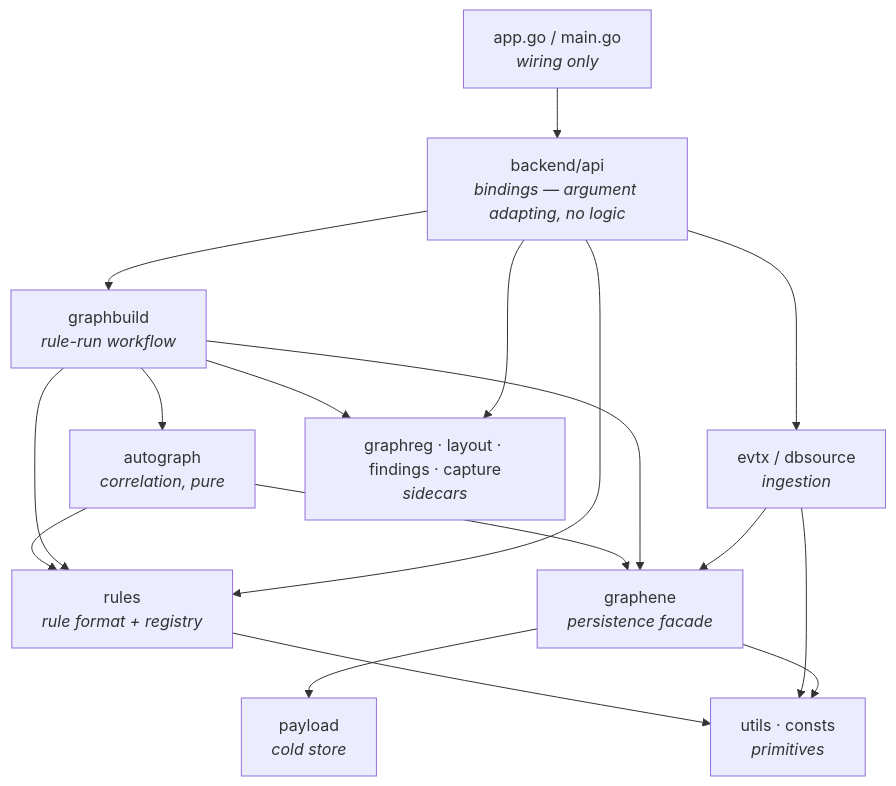
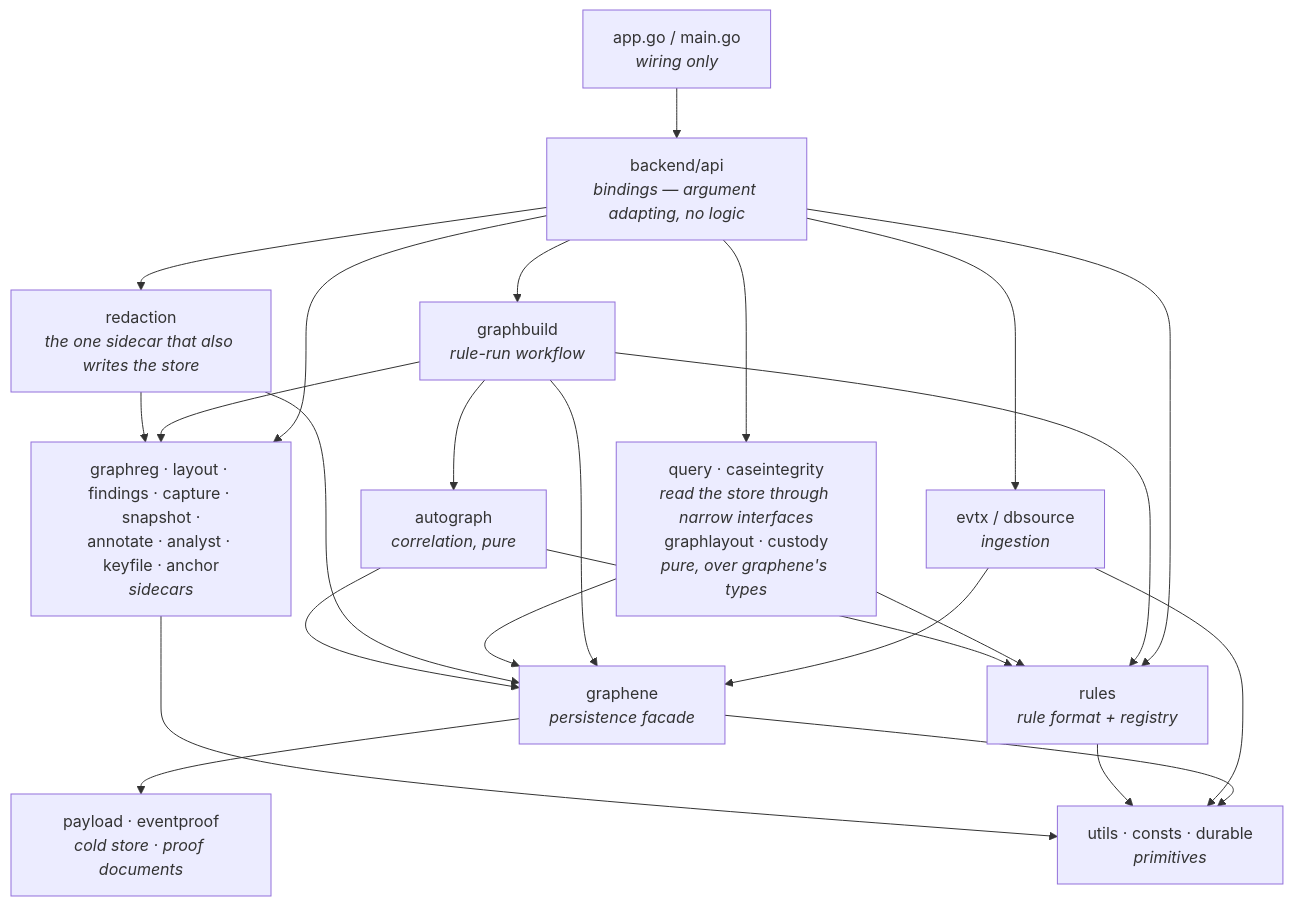
One commit to aoiflux/rohy changed the second of 22 diagrams in LLD.md. Above: the diagram before and after it, drawn with Mermaid. The commit also changed other lines of this file and 9 other files, not shown here.

````diff
--- a/LLD.md
+++ b/LLD.md
@@ -170,30 +189,39 @@
 ```mermaid
 flowchart TD
     A["app.go / main.go<br/><i>wiring only</i>"]
     B["backend/api<br/><i>bindings — argument adapting, no logic</i>"]
     C1["evtx / dbsource<br/><i>ingestion</i>"]
     C2["graphbuild<br/><i>rule-run workflow</i>"]
+    C3["query · caseintegrity<br/><i>read the store through narrow interfaces</i><br/>graphlayout · custody<br/><i>pure, over graphene's types</i>"]
+    C4["redaction<br/><i>the one sidecar that also writes the store</i>"]
     D1["autograph<br/><i>correlation, pure</i>"]
     D2["rules<br/><i>rule format + registry</i>"]
-    D3["graphreg · layout · findings · capture<br/><i>sidecars</i>"]
+    D3["graphreg · layout · findings · capture · snapshot ·<br/>annotate · analyst · keyfile · anchor<br/><i>sidecars</i>"]
     E["graphene<br/><i>persistence facade</i>"]
-    F["payload<br/><i>cold store</i>"]
-    G["utils · consts<br/><i>primitives</i>"]
+    F["payload · eventproof<br/><i>cold store · proof documents</i>"]
+    G["utils · consts · durable<br/><i>primitives</i>"]
 
     A --> B
     B --> C1
     B --> C2
+    B --> C3
+    B --> C4
     B --> D2
     B --> D3
     C2 --> D1
     C2 --> D2
     C2 --> D3
+    C3 --> D2
+    C4 --> D3
     D1 --> D2
     C1 --> E
     C2 --> E
+    C3 --> E
+    C4 --> E
     D1 --> E
     E --> F
     E --> G
     C1 --> G
     D2 --> G
+    D3 --> G
 ```
````
